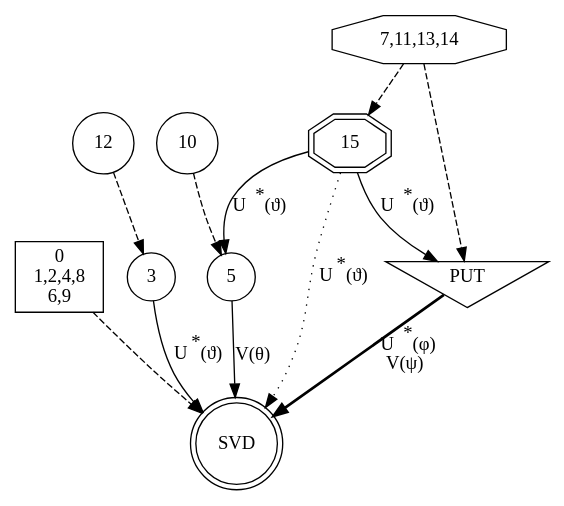
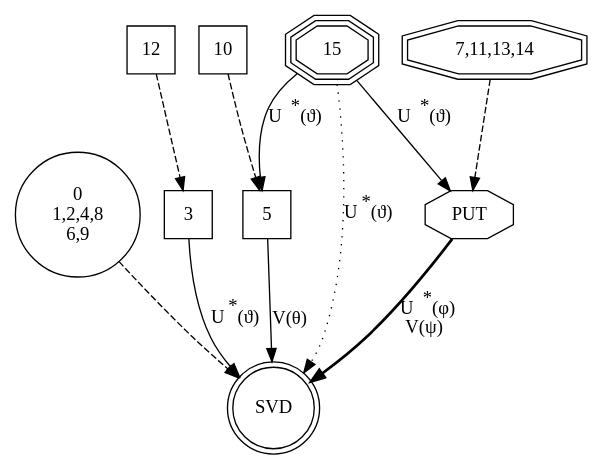
The diagram in var/sv2.dot (venovako/libpvn), drawn with Graphviz before and after one commit. The commit also changed 1 other file, not shown here.

```diff
--- a/var/sv2.dot
+++ b/var/sv2.dot
@@ -1,24 +1,23 @@
 strict digraph sv2 {
     {
-        0124869 [shape=box,label="0\n1,2,4,8\n6,9"]
-        3 [shape=circle]
-        5 [shape=circle]
-        7111314 [shape=octagon,label="7,11,13,14"]
-        10 [shape=circle]
-        12 [shape=circle]
-        15 [shape=doubleoctagon]
-        PUT [shape=invtriangle]
+        0124869 [shape=circle,label="0\n1,2,4,8\n6,9"]
+        3 [shape=square]
+        5 [shape=square]
+        7111314 [shape=doubleoctagon,label="7,11,13,14"]
+        10 [shape=square]
+        12 [shape=square]
+        15 [shape=tripleoctagon]
+        PUT [shape=octagon]
         SVD [shape=doublecircle]
     }
     0124869 -> SVD [style=dashed]
     3 -> SVD [label=<U<SUP>*</SUP>(ϑ)>]
-    7111314 -> 15 [style=dashed]
     7111314 -> PUT [style=dashed]
     12 -> 3 [style=dashed]
     PUT -> SVD [label=< U<SUP>*</SUP>(φ)<BR/> V(ψ)>,style=bold]
     5 -> SVD [label=< V(θ)>]
     10 -> 5 [style=dashed]
     15 -> 5 [label=< U<SUP>*</SUP>(ϑ)>]
     15 -> SVD [label=<U<SUP>*</SUP>(ϑ)>,style=dotted]
     15 -> PUT [label=< U<SUP>*</SUP>(ϑ)>]
 }
```
